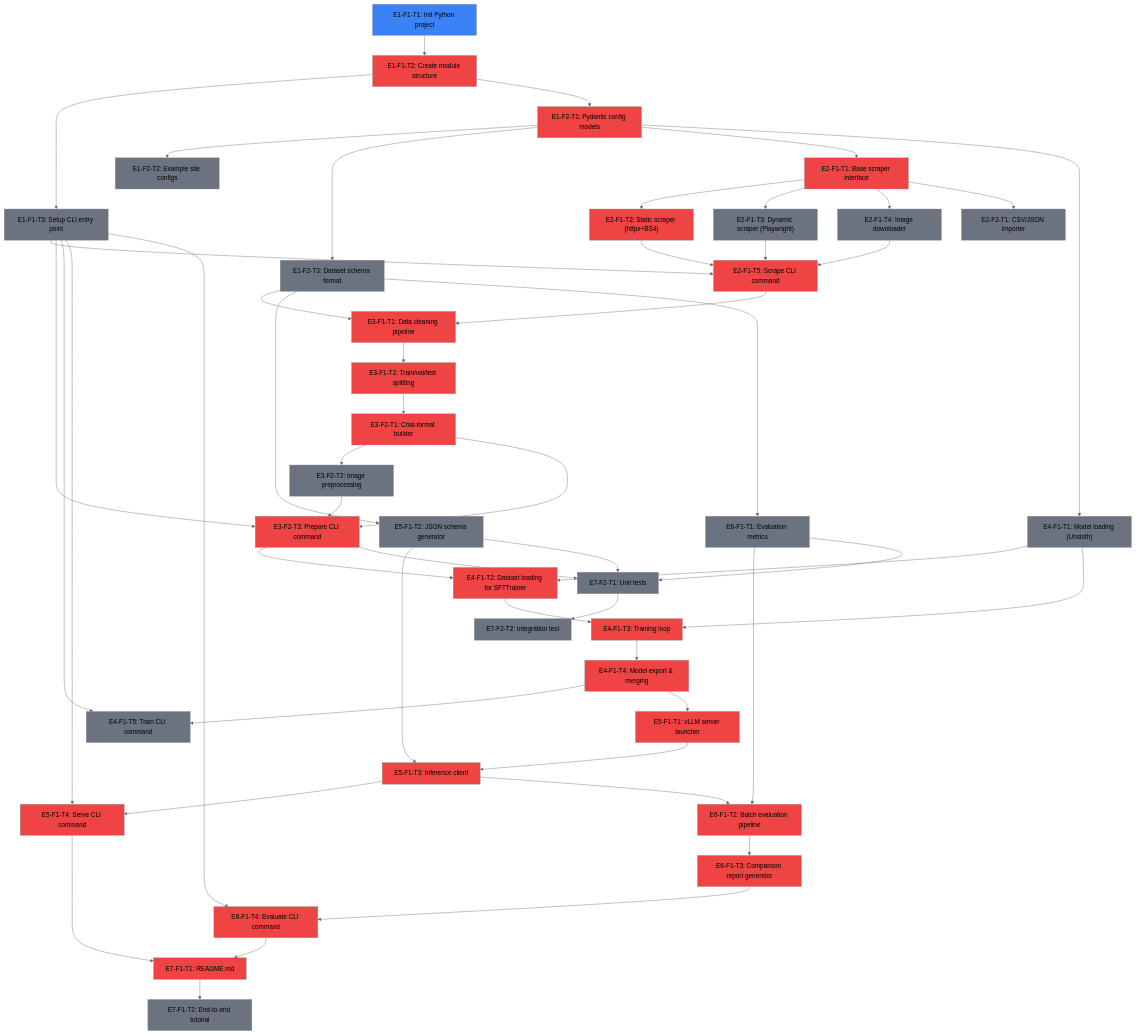
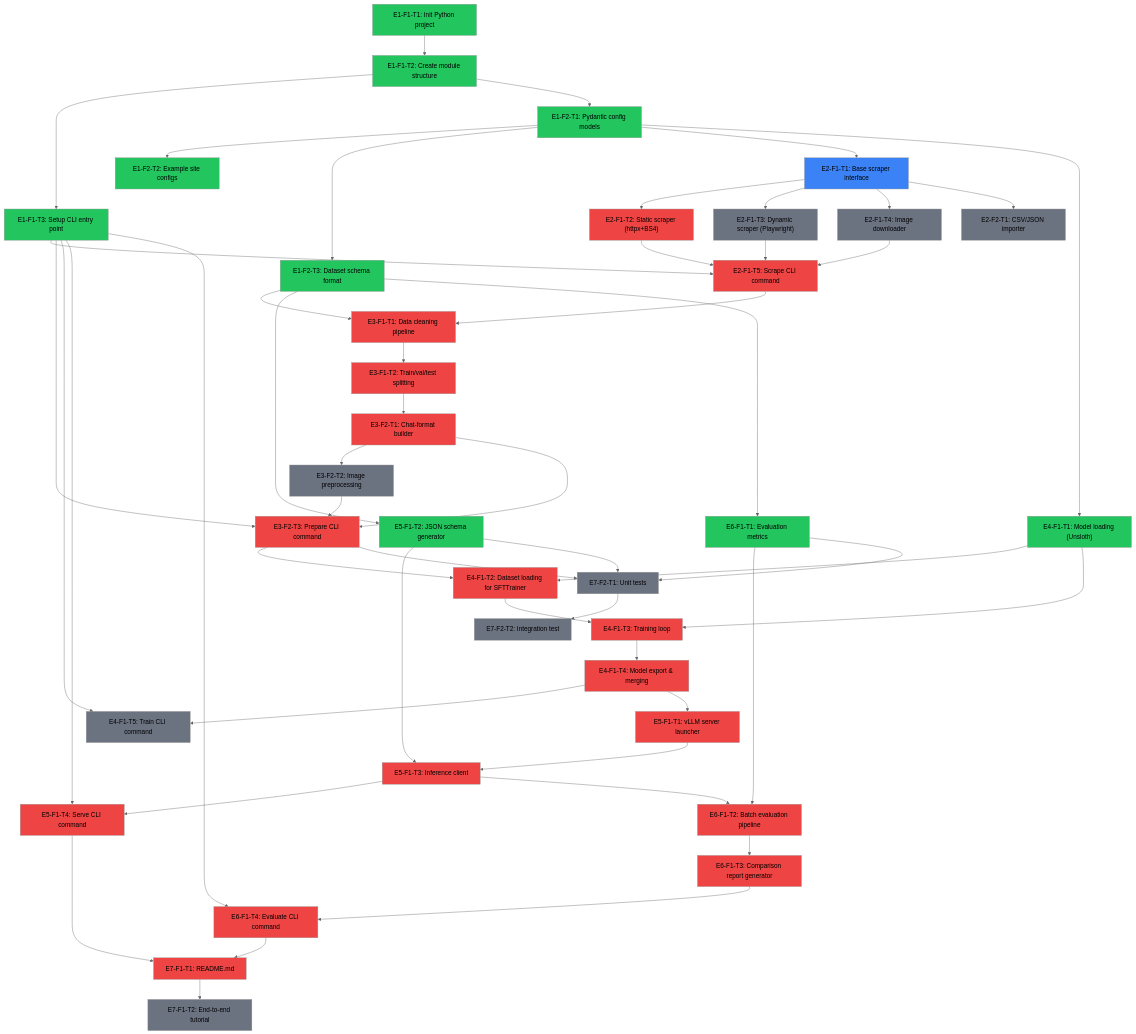
One commit to Vutiot/ArticleTagging changed the diagram in ROADMAP.md. Above: the diagram before and after it, drawn with Mermaid (neutral theme).

Commit message:
Update Mermaid diagram colors for completed Phase 1+2 tasks

```diff
--- a/ROADMAP.md
+++ b/ROADMAP.md
@@ -113,11 +113,21 @@
   E6F1T1 --> E7F2T1
   E7F2T1 --> E7F2T2
 
-  %% Critical path styling
-  style E1F1T1 fill:#ef4444
-  style E1F1T2 fill:#ef4444
-  style E1F2T1 fill:#ef4444
-  style E2F1T1 fill:#ef4444
+  %% Done (green)
+  style E1F1T1 fill:#22c55e
+  style E1F1T2 fill:#22c55e
+  style E1F1T3 fill:#22c55e
+  style E1F2T1 fill:#22c55e
+  style E1F2T2 fill:#22c55e
+  style E1F2T3 fill:#22c55e
+  style E4F1T1 fill:#22c55e
+  style E5F1T2 fill:#22c55e
+  style E6F1T1 fill:#22c55e
+
+  %% Ready (blue) — all blockers resolved
+  style E2F1T1 fill:#3b82f6
+
+  %% Critical path remaining (red)
   style E2F1T2 fill:#ef4444
   style E2F1T5 fill:#ef4444
   style E3F1T1 fill:#ef4444
@@ -135,21 +145,12 @@
   style E6F1T4 fill:#ef4444
   style E7F1T1 fill:#ef4444
 
-  %% Ready tasks (no blockers)
-  style E1F1T1 fill:#3b82f6
-
-  %% Non-critical tasks
-  style E1F1T3 fill:#6b7280
-  style E1F2T2 fill:#6b7280
-  style E1F2T3 fill:#6b7280
+  %% Blocked / non-critical (gray)
   style E2F1T3 fill:#6b7280
   style E2F1T4 fill:#6b7280
   style E2F2T1 fill:#6b7280
   style E3F2T2 fill:#6b7280
-  style E4F1T1 fill:#6b7280
   style E4F1T5 fill:#6b7280
-  style E5F1T2 fill:#6b7280
-  style E6F1T1 fill:#6b7280
   style E7F1T2 fill:#6b7280
   style E7F2T1 fill:#6b7280
   style E7F2T2 fill:#6b7280
```
